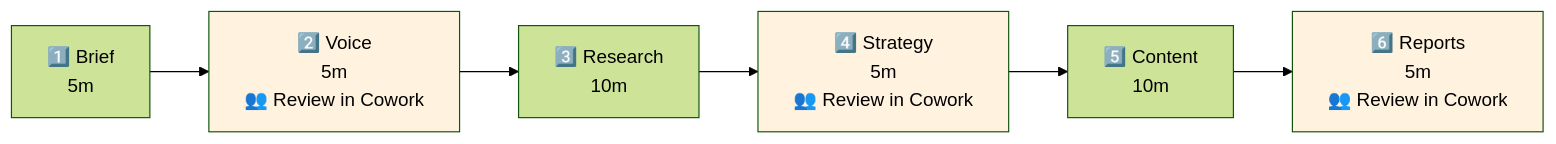
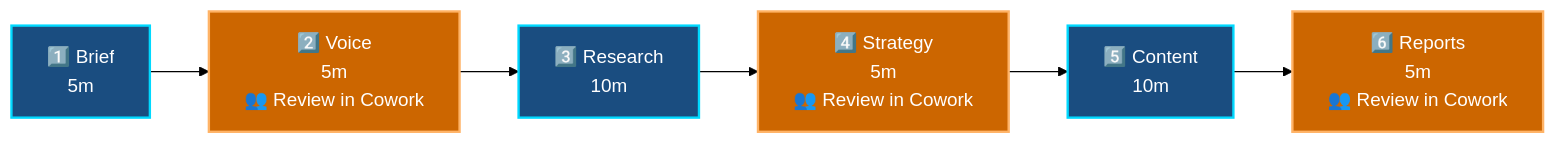
The second of 4 diagrams in README.md (shireen168/marketing-os), drawn with Mermaid (forest theme) before and after one commit. The commit also changed other lines of this file, not shown here.

First line of the commit message:
fix: improve Mermaid diagram contrast for dark mode

````diff
--- a/README.md
+++ b/README.md
@@ -122,12 +122,15 @@
 ```mermaid
 graph LR
     A["1️⃣ Brief<br/>5m"] --> B["2️⃣ Voice<br/>5m<br/>👥 Review in Cowork"]
     B --> C["3️⃣ Research<br/>10m"]
     C --> D["4️⃣ Strategy<br/>5m<br/>👥 Review in Cowork"]
     D --> E["5️⃣ Content<br/>10m"]
     E --> F["6️⃣ Reports<br/>5m<br/>👥 Review in Cowork"]
     
-    style B fill:#fff3e0
-    style D fill:#fff3e0
-    style F fill:#fff3e0
+    style A fill:#1a4d80,stroke:#00d9ff,color:#ffffff,stroke-width:2px
+    style B fill:#cc6600,stroke:#ffb366,color:#ffffff,stroke-width:2px
+    style C fill:#1a4d80,stroke:#00d9ff,color:#ffffff,stroke-width:2px
+    style D fill:#cc6600,stroke:#ffb366,color:#ffffff,stroke-width:2px
+    style E fill:#1a4d80,stroke:#00d9ff,color:#ffffff,stroke-width:2px
+    style F fill:#cc6600,stroke:#ffb366,color:#ffffff,stroke-width:2px
 ```
````
